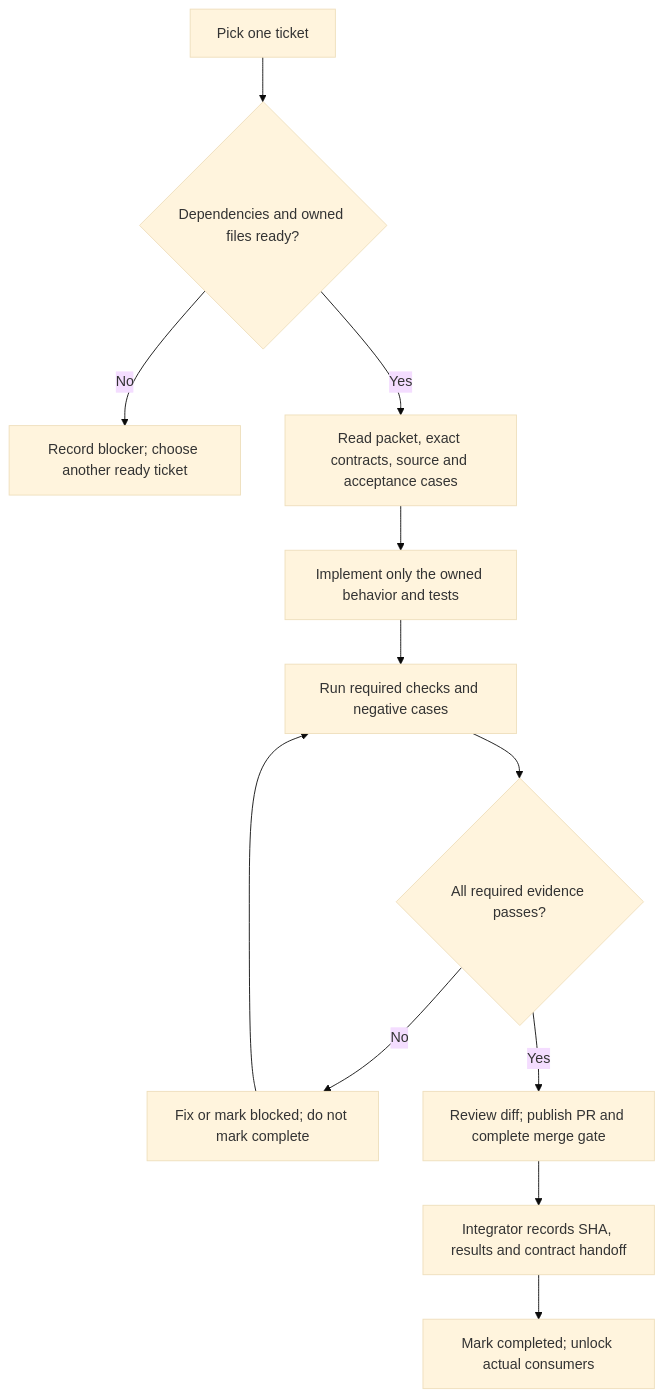
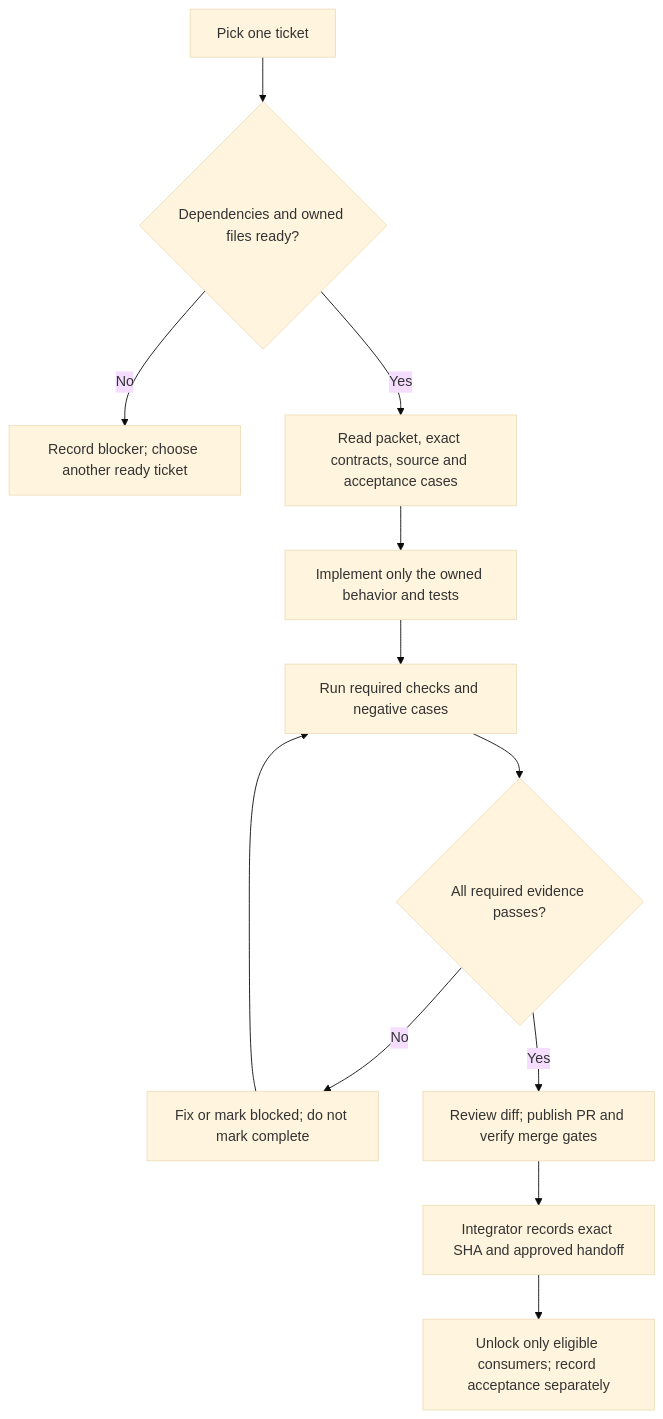
Before and after one commit to anmolsansi/OrderlyApp: the second of 4 diagrams in docs/ticket-execution-flow.md, drawn with Mermaid (base theme). The commit also changed other lines of this file and 9 other files, not shown here.

````diff
--- a/docs/ticket-execution-flow.md
+++ b/docs/ticket-execution-flow.md
@@ -41,14 +41,14 @@
 ```mermaid
 flowchart TD
     A["Pick one ticket"] --> B{"Dependencies and owned files ready?"}
     B -->|No| C["Record blocker; choose another ready ticket"]
     B -->|Yes| D["Read packet, exact contracts, source and acceptance cases"]
     D --> E["Implement only the owned behavior and tests"]
     E --> F["Run required checks and negative cases"]
     F --> G{"All required evidence passes?"}
     G -->|No| H["Fix or mark blocked; do not mark complete"]
     H --> F
-    G -->|Yes| I["Review diff; publish PR and complete merge gate"]
-    I --> J["Integrator records SHA, results and contract handoff"]
-    J --> K["Mark completed; unlock actual consumers"]
+    G -->|Yes| I["Review diff; publish PR and verify merge gates"]
+    I --> J["Integrator records exact SHA and approved handoff"]
+    J --> K["Unlock only eligible consumers; record acceptance separately"]
 ```
````
